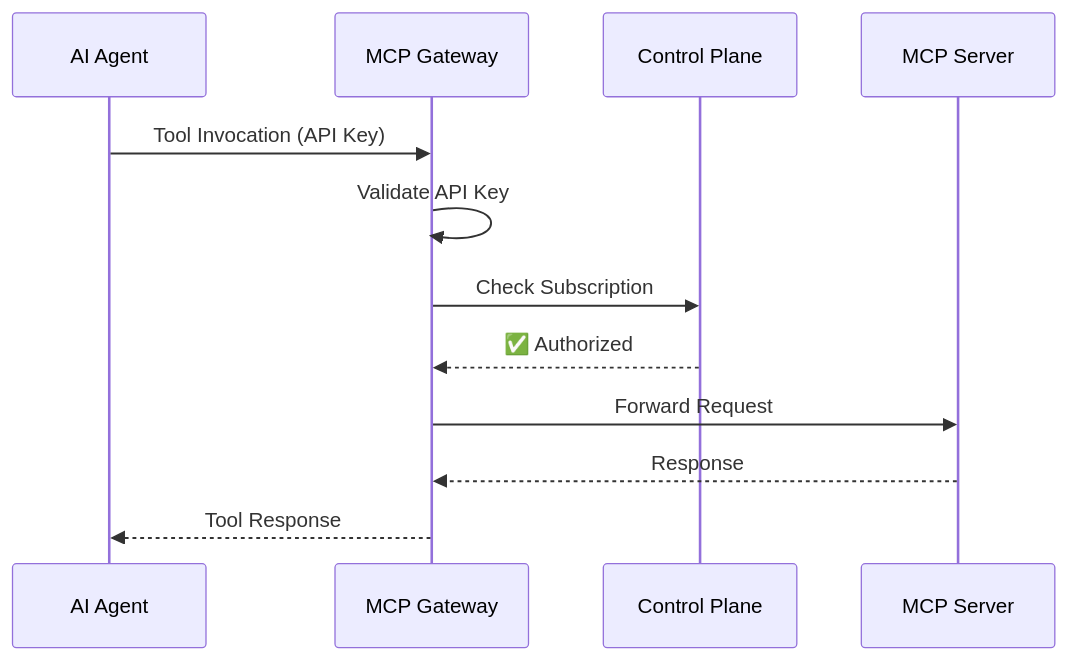
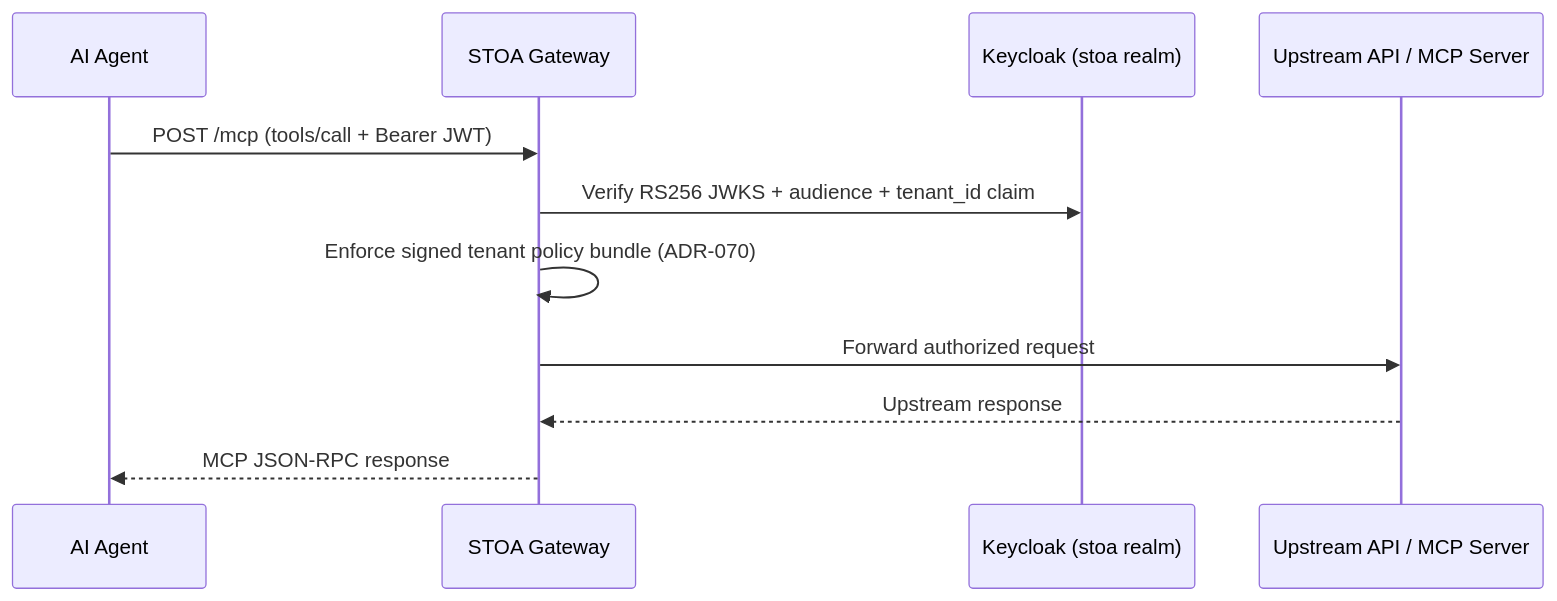
Before and after one commit to stoa-platform/stoa-docs: the second of 2 diagrams in docs/concepts/architecture.md, drawn with Mermaid. The commit also changed other lines of this file and 31 other files, not shown here.

First line of the commit message:
docs(arch): align architecture, tenant model, secrets, and ADR index with ADR-073/074/075 (EN/FR)

````diff
--- a/docs/concepts/architecture.md
+++ b/docs/concepts/architecture.md
@@ -180,15 +174,14 @@
 ```mermaid
 sequenceDiagram
     participant AI as AI Agent
-    participant GW as MCP Gateway
-    participant API as Control Plane
-    participant MCP as MCP Server
+    participant GW as STOA Gateway
+    participant KC as Keycloak (stoa realm)
+    participant MCP as Upstream API / MCP Server
 
-    AI->>GW: Tool Invocation (API Key)
-    GW->>GW: Validate API Key
-    GW->>API: Check Subscription
-    API-->>GW: ✅ Authorized
-    GW->>MCP: Forward Request
-    MCP-->>GW: Response
-    GW-->>AI: Tool Response
+    AI->>GW: POST /mcp (tools/call + Bearer JWT)
+    GW->>KC: Verify RS256 JWKS + audience + tenant_id claim
+    GW->>GW: Enforce signed tenant policy bundle (ADR-070)
+    GW->>MCP: Forward authorized request
+    MCP-->>GW: Upstream response
+    GW-->>AI: MCP JSON-RPC response
 ```
````
